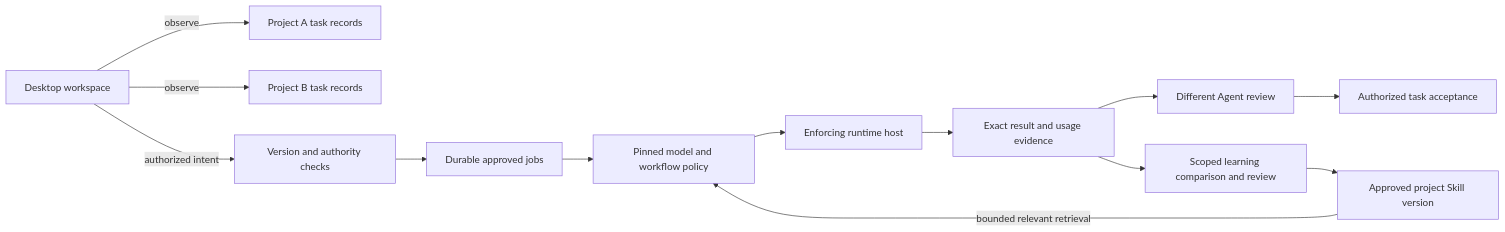
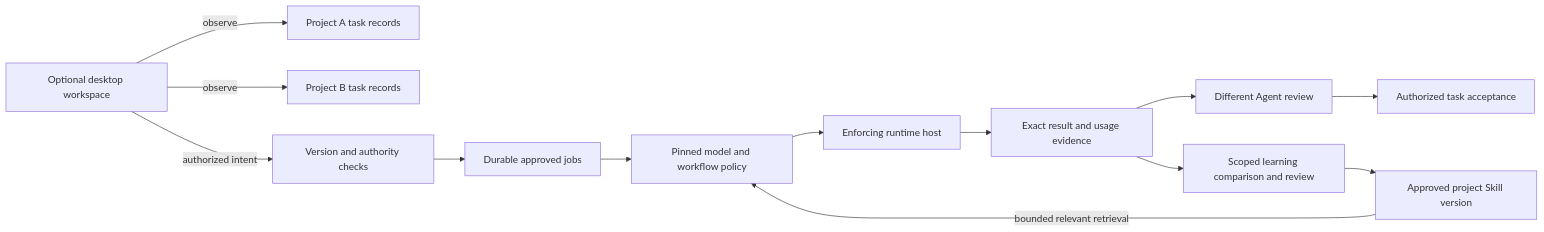
Before and after one commit to zsz1210/workkeel: the diagram in docs/concepts/architecture.md, drawn with Mermaid. The commit also changed other lines of this file and 6 other files, not shown here.

First line of the commit message:
docs: mark the workspace observatory and its browser tests optional

````diff
--- a/docs/concepts/architecture.md
+++ b/docs/concepts/architecture.md
@@ -36,15 +38,15 @@
 ```mermaid
 flowchart LR
-  UI[Desktop workspace] -->|observe| A[Project A task records]
+  UI[Optional desktop workspace] -->|observe| A[Project A task records]
   UI -->|observe| B[Project B task records]
   UI -->|authorized intent| C[Version and authority checks]
   C --> J[Durable approved jobs]
   J --> P[Pinned model and workflow policy]
   P --> H[Enforcing runtime host]
   H --> E[Exact result and usage evidence]
   E --> R[Different Agent review]
   R --> T[Authorized task acceptance]
   E --> L[Scoped learning comparison and review]
   L --> S[Approved project Skill version]
   S -->|bounded relevant retrieval| P
 ```
````
